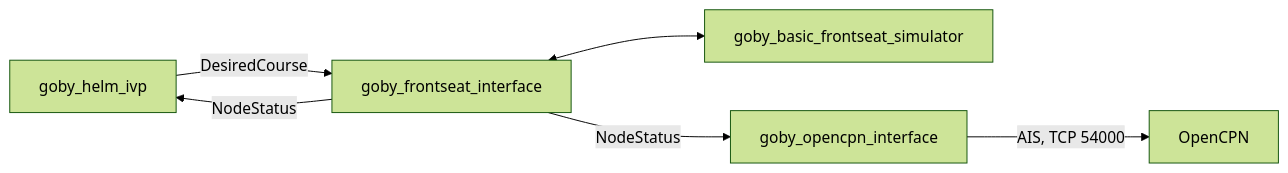
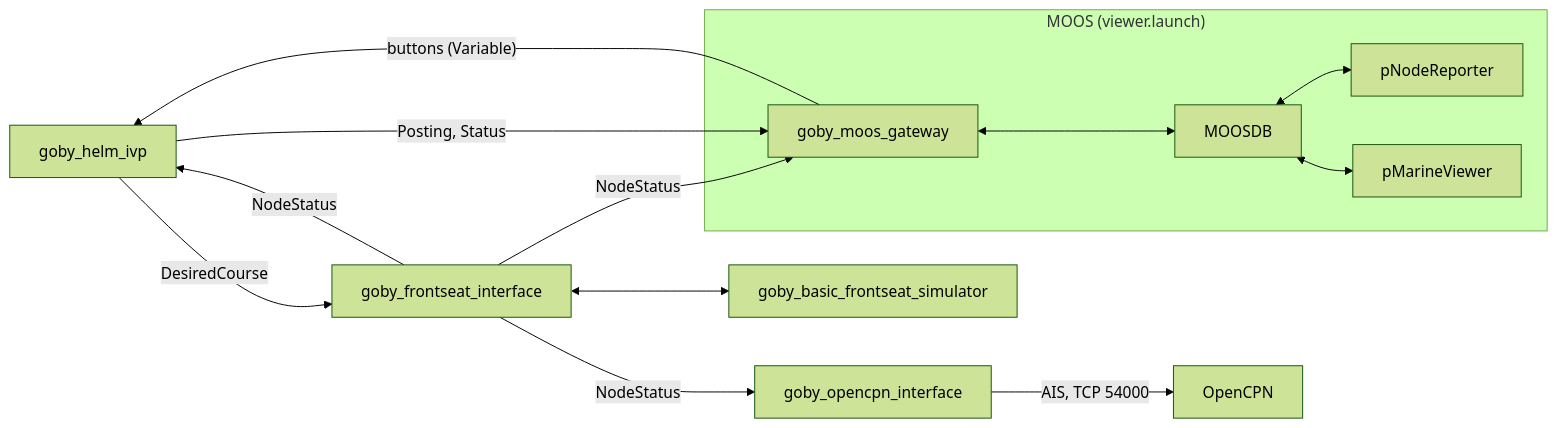
One commit to GobySoft/IvPico changed the diagram in launch/goby/alpha/README.md. Above: the diagram before and after it, drawn with Mermaid (forest theme). The commit also changed other lines of this file and 1 other file, not shown here.

First line of the commit message:
alpha launch: add set_datum_warp.sh, and document the viewer

````diff
--- a/launch/goby/alpha/README.md
+++ b/launch/goby/alpha/README.md
@@ -7,8 +7,15 @@
 ```mermaid
 flowchart LR
   helm["goby_helm_ivp"] -- "DesiredCourse" --> fs["goby_frontseat_interface"]
   fs <--> sim["goby_basic_frontseat_simulator"]
   fs -- "NodeStatus" --> helm
   fs -- "NodeStatus" --> ocpn["goby_opencpn_interface"]
   ocpn -- "AIS, TCP 54000" --> opencpn["OpenCPN"]
+  fs -- "NodeStatus" --> gw["goby_moos_gateway"]
+  helm -- "Posting, Status" --> gw
+  gw -- "buttons (Variable)" --> helm
+  subgraph moos["MOOS (viewer.launch)"]
+    gw <--> db["MOOSDB"] <--> pnr["pNodeReporter"]
+    db <--> pmv["pMarineViewer"]
+  end
 ```
````
